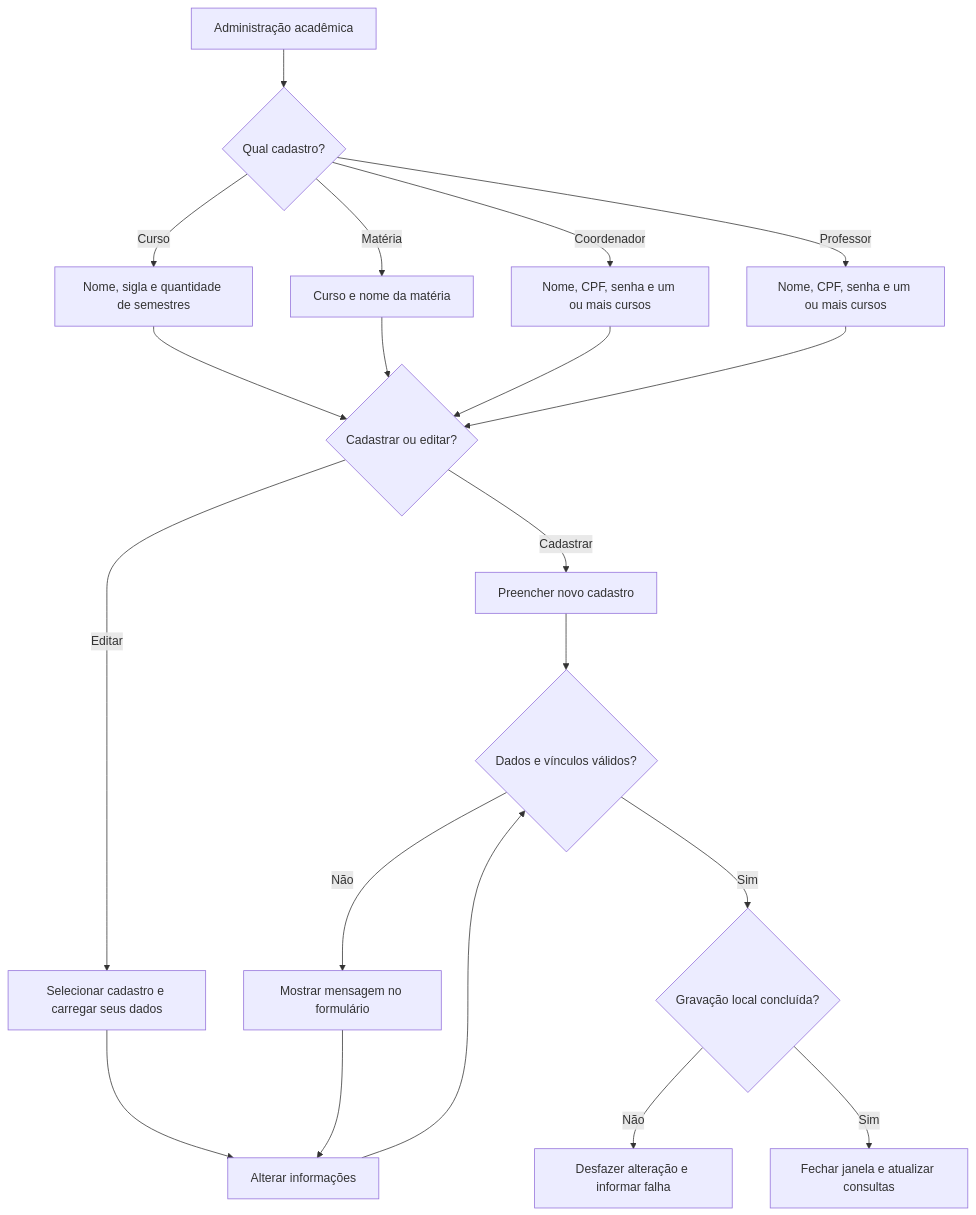
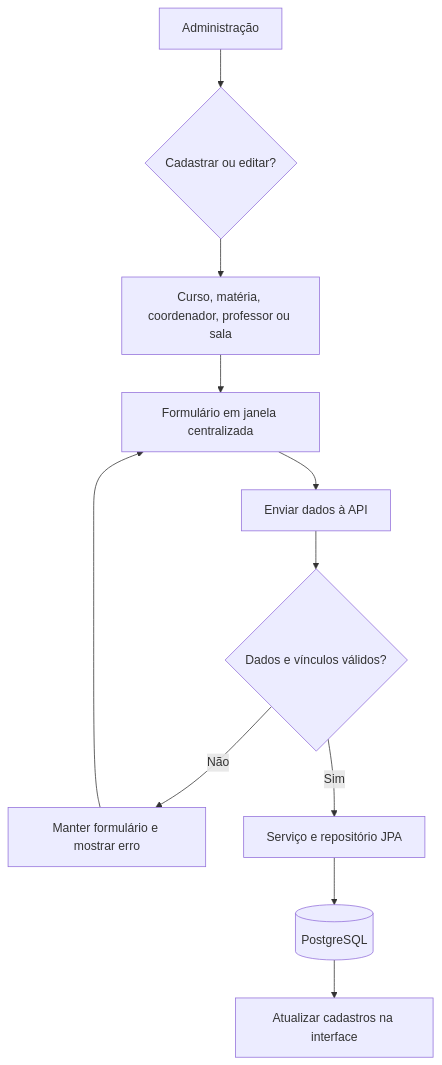
Before and after one commit to Jade46-prog/projeto-integrado-II-III: the second of 7 diagrams in docs/FLUXOGRAMAS.md, drawn with Mermaid. The commit also changed other lines of this file and 109 other files, not shown here.

````diff
--- a/docs/FLUXOGRAMAS.md
+++ b/docs/FLUXOGRAMAS.md
@@ -36,22 +31,13 @@
 ```mermaid
 flowchart TD
-    Admin["Administração acadêmica"] --> Grupo{"Qual cadastro?"}
-    Grupo -->|Curso| Curso["Nome, sigla e quantidade de semestres"]
-    Grupo -->|Matéria| Materia["Curso e nome da matéria"]
-    Grupo -->|Coordenador| Coord["Nome, CPF, senha e um ou mais cursos"]
-    Grupo -->|Professor| Prof["Nome, CPF, senha e um ou mais cursos"]
-    Curso --> Acao{"Cadastrar ou editar?"}
-    Materia --> Acao
-    Coord --> Acao
-    Prof --> Acao
-    Acao -->|Cadastrar| Novo["Preencher novo cadastro"]
-    Acao -->|Editar| Selecionar["Selecionar cadastro e carregar seus dados"]
-    Selecionar --> Alterar["Alterar informações"]
-    Novo --> Validar{"Dados e vínculos válidos?"}
-    Alterar --> Validar
-    Validar -->|Não| Erro["Mostrar mensagem no formulário"]
-    Erro --> Alterar
-    Validar -->|Sim| Salvar{"Gravação local concluída?"}
-    Salvar -->|Não| Restaurar["Desfazer alteração e informar falha"]
-    Salvar -->|Sim| Atualizar["Fechar janela e atualizar consultas"]
+    Admin["Administração"] --> Acao{"Cadastrar ou editar?"}
+    Acao --> Novo["Curso, matéria, coordenador, professor ou sala"]
+    Novo --> Form["Formulário em janela centralizada"]
+    Form --> API["Enviar dados à API"]
+    API --> Validar{"Dados e vínculos válidos?"}
+    Validar -->|Não| Erro["Manter formulário e mostrar erro"]
+    Erro --> Form
+    Validar -->|Sim| JPA["Serviço e repositório JPA"]
+    JPA --> Banco[(PostgreSQL)]
+    Banco --> Atualizar["Atualizar cadastros na interface"]
 ```
````
